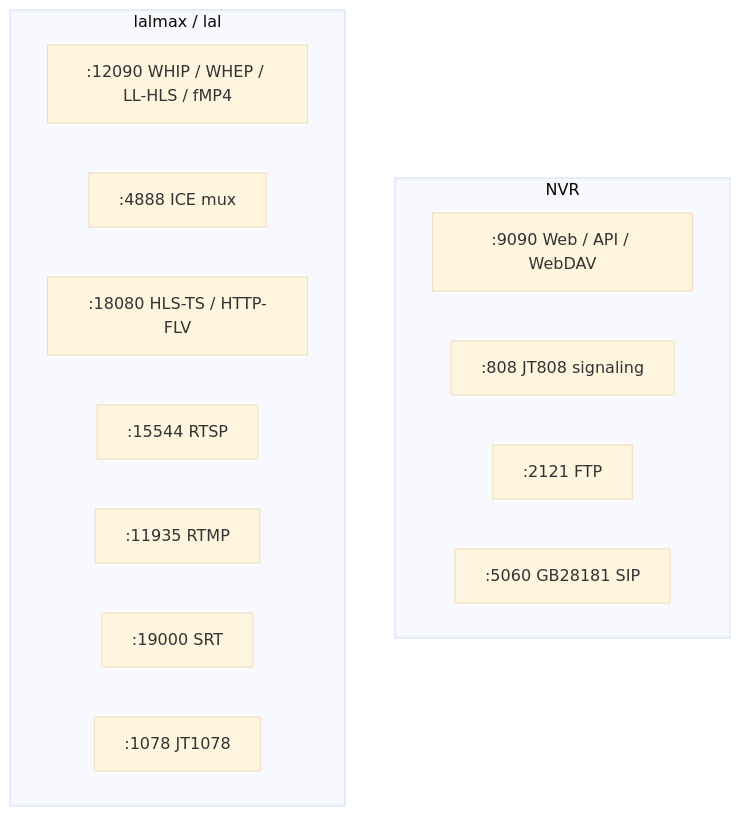
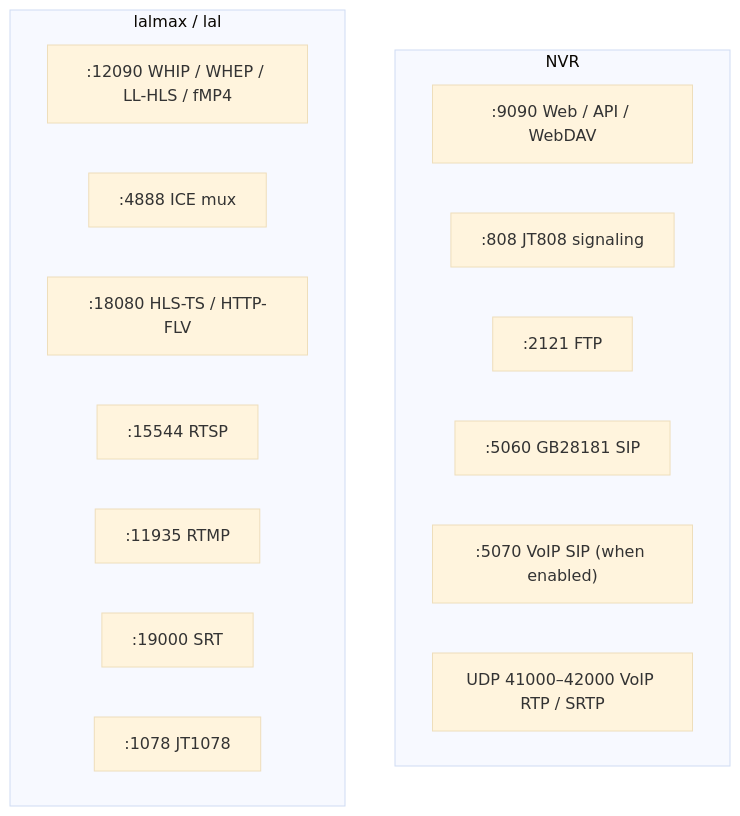
The seventh of 7 diagrams in docs/en/architecture.md (lalmax-pro/lalmax-nvr), drawn with Mermaid (base theme) before and after one commit. The commit also changed other lines of this file and 1 other file, not shown here.

Commit message:
docs: show VoIP paths in architecture diagrams

````diff
--- a/docs/en/architecture.md
+++ b/docs/en/architecture.md
@@ -236,18 +265,20 @@
 ```mermaid
 flowchart TB
   subgraph nvrPort [NVR]
     P9090[":9090 Web / API / WebDAV"]
     P808[":808 JT808 signaling"]
     P2121[":2121 FTP"]
     P5060[":5060 GB28181 SIP"]
+    P5070[":5070 VoIP SIP (when enabled)"]
+    PVoIPRTP["UDP 41000–42000 VoIP RTP / SRTP"]
   end
   subgraph lalPort [lalmax / lal]
     P12090[":12090 WHIP / WHEP / LL-HLS / fMP4"]
     P4888[":4888 ICE mux"]
     P18080[":18080 HLS-TS / HTTP-FLV"]
     P15544[":15544 RTSP"]
     P11935[":11935 RTMP"]
     P19000[":19000 SRT"]
     P1078[":1078 JT1078"]
   end
 ```
````
